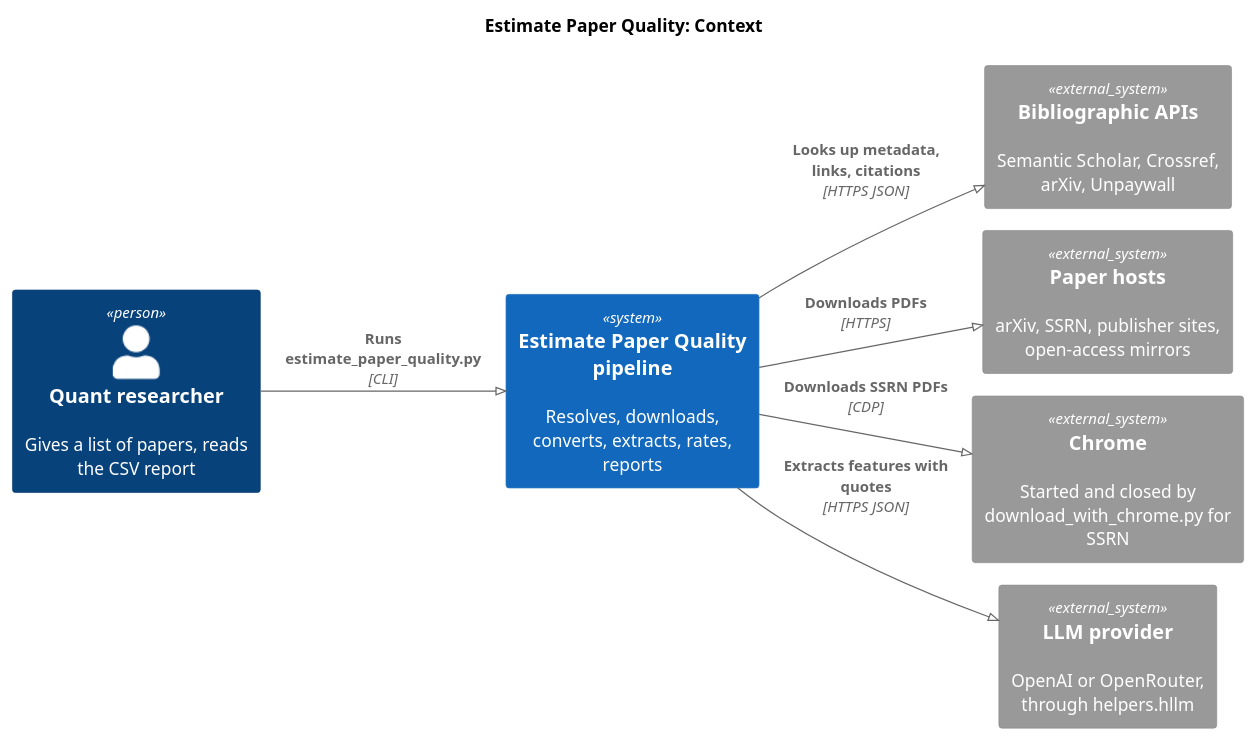
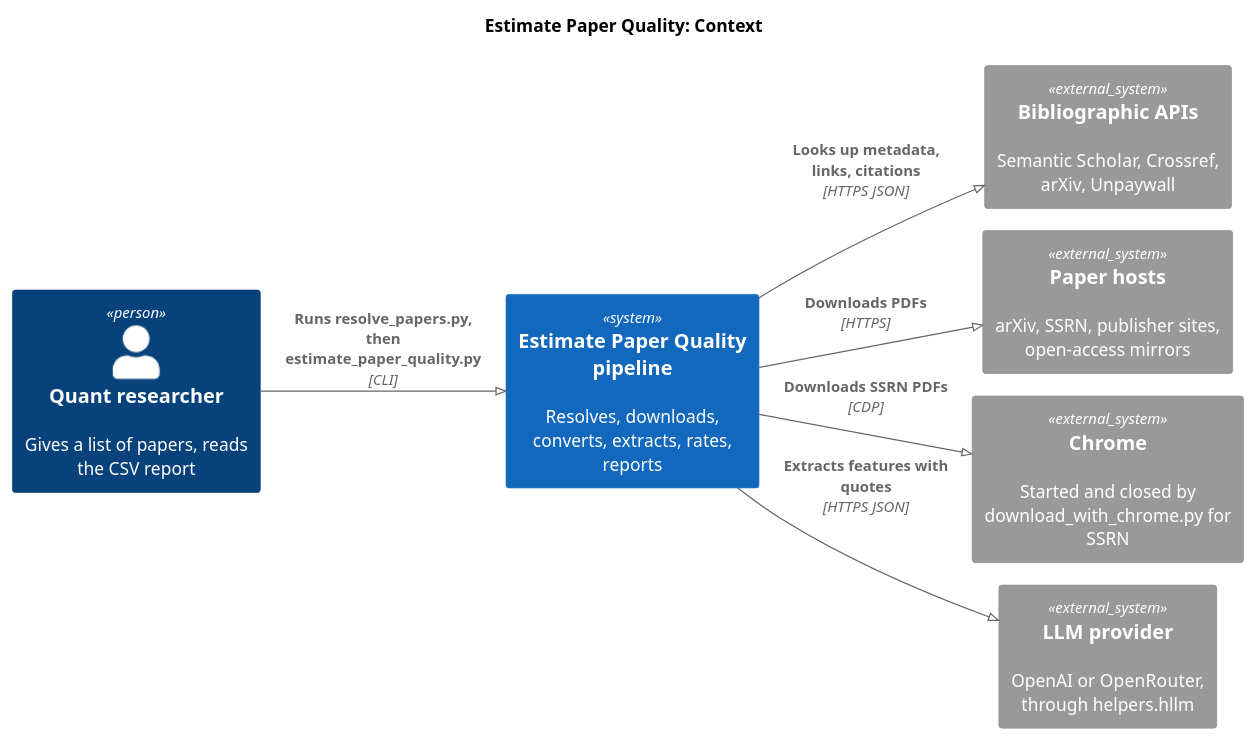
The first of 2 diagrams in research/Estimate_academic_paper_quality/docs/02-design.architecture.md (gpsaggese/gpsaggese.github.io), drawn with PlantUML before and after one commit. The commit also changed other lines of this file and 20 other files, not shown here.

````diff
--- a/research/Estimate_academic_paper_quality/docs/02-design.architecture.md
+++ b/research/Estimate_academic_paper_quality/docs/02-design.architecture.md
@@ -50,17 +52,17 @@
 ```plantuml
 !pragma layout smetana
 !include <C4/C4_Context>
 LAYOUT_LEFT_RIGHT()
 title Estimate Paper Quality: Context
 Person(user, "Quant researcher", "Gives a list of papers, reads the CSV report")
 System(epq, "Estimate Paper Quality pipeline", "Resolves, downloads, converts, extracts, rates, reports")
 System_Ext(bib, "Bibliographic APIs", "Semantic Scholar, Crossref, arXiv, Unpaywall")
 System_Ext(sites, "Paper hosts", "arXiv, SSRN, publisher sites, open-access mirrors")
 System_Ext(chrome, "Chrome", "Started and closed by download_with_chrome.py for SSRN")
 System_Ext(llm, "LLM provider", "OpenAI or OpenRouter, through helpers.hllm")
-Rel(user, epq, "Runs estimate_paper_quality.py", "CLI")
+Rel(user, epq, "Runs resolve_papers.py, then estimate_paper_quality.py", "CLI")
 Rel(epq, bib, "Looks up metadata, links, citations", "HTTPS JSON")
 Rel(epq, sites, "Downloads PDFs", "HTTPS")
 Rel(epq, chrome, "Downloads SSRN PDFs", "CDP")
 Rel(epq, llm, "Extracts features with quotes", "HTTPS JSON")
 ```
````
